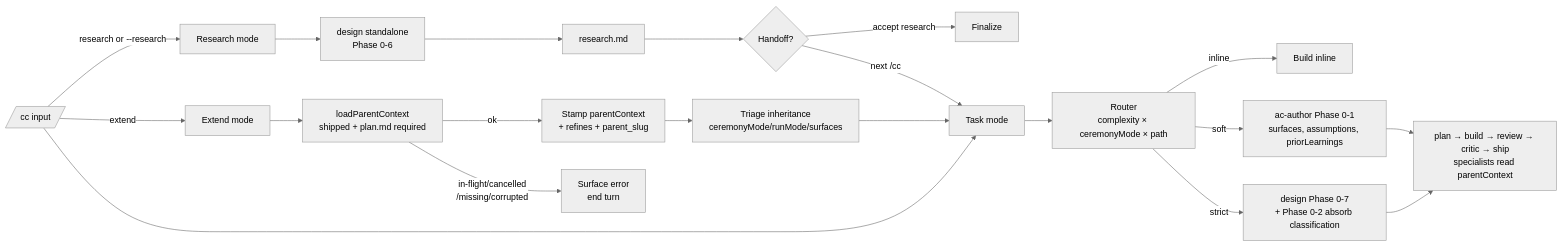
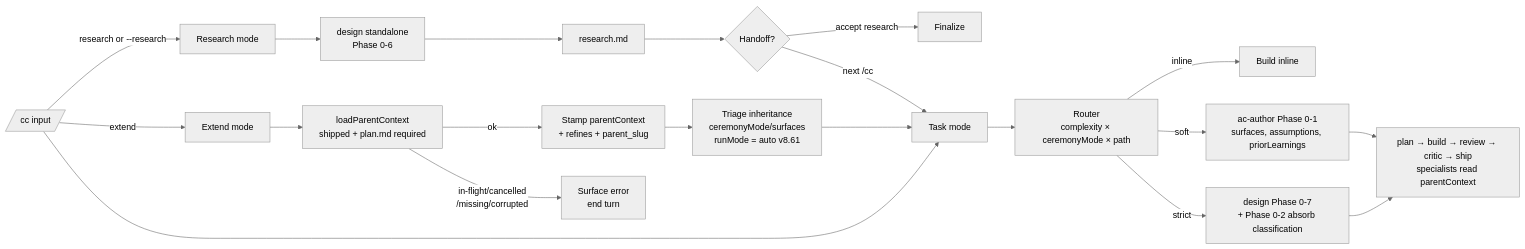
Before and after one commit to zuevrs/cclaw: the diagram in README.md, drawn with Mermaid (neutral theme). The commit also changed other lines of this file and 29 other files, not shown here.

First line of the commit message:
v8.61: Triage to sub-agent + always-auto + /cc auto-continue (#289)

````diff
--- a/README.md
+++ b/README.md
@@ -107,25 +133,25 @@
 ```mermaid
 flowchart LR
     A[/cc input/] -->|"research <topic>" or --research| R[Research mode]
     A -->|"extend <slug> <task>"| E[Extend mode]
     A -->|"<task>"| T[Task mode]
 
     R --> D1[design standalone<br/>Phase 0-6]
     D1 --> RM["research.md"]
     RM --> H{Handoff?}
     H -->|"accept research"| END[Finalize]
     H -->|next /cc| T
 
     E --> LC[loadParentContext<br/>shipped + plan.md required]
     LC -->|ok| EI[Stamp parentContext<br/>+ refines + parent_slug]
-    EI --> EHE[Triage inheritance<br/>ceremonyMode/runMode/surfaces]
+    EI --> EHE[Triage inheritance<br/>ceremonyMode/surfaces<br/>runMode = auto v8.61]
     EHE --> T
     LC -->|in-flight/cancelled<br/>/missing/corrupted| EERR[Surface error<br/>end turn]
 
     T --> RT[Router<br/>complexity × ceremonyMode × path]
     RT -->|inline| INL[Build inline]
     RT -->|soft| PL[ac-author Phase 0-1<br/>surfaces, assumptions, priorLearnings]
     RT -->|strict| DS[design Phase 0-7<br/>+ Phase 0-2 absorb classification]
     PL --> BD[plan → build → review → critic → ship<br/>specialists read parentContext]
     DS --> BD
 ```
````
